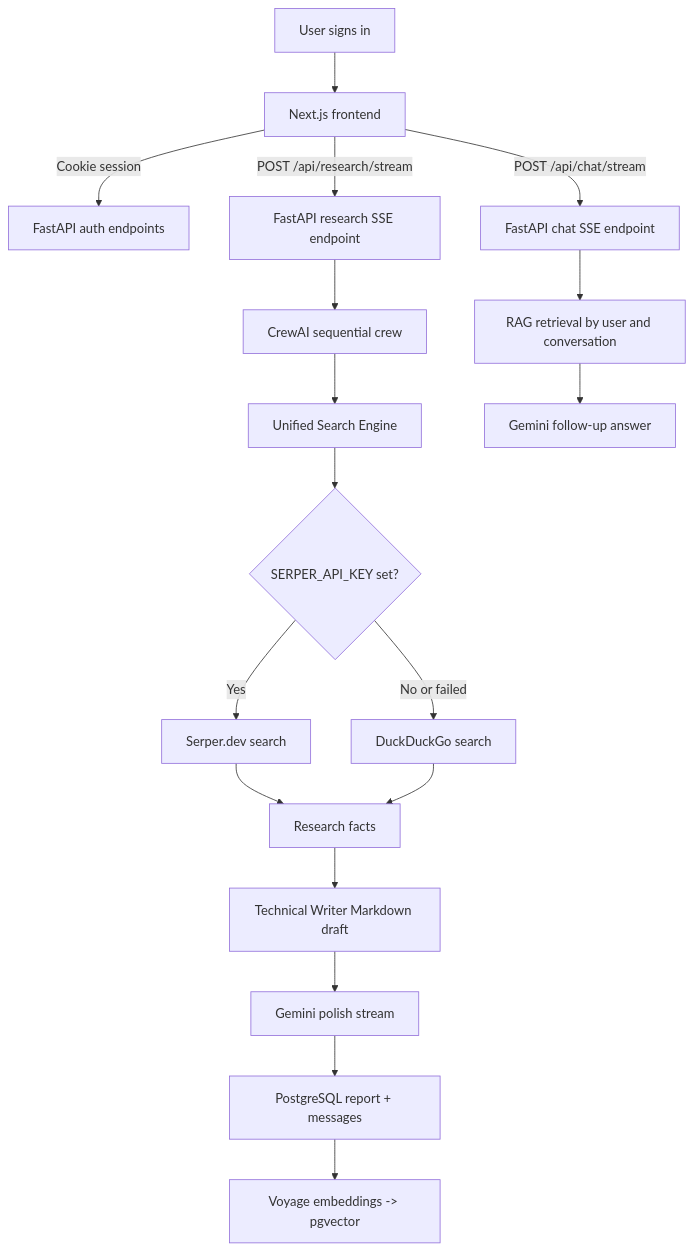
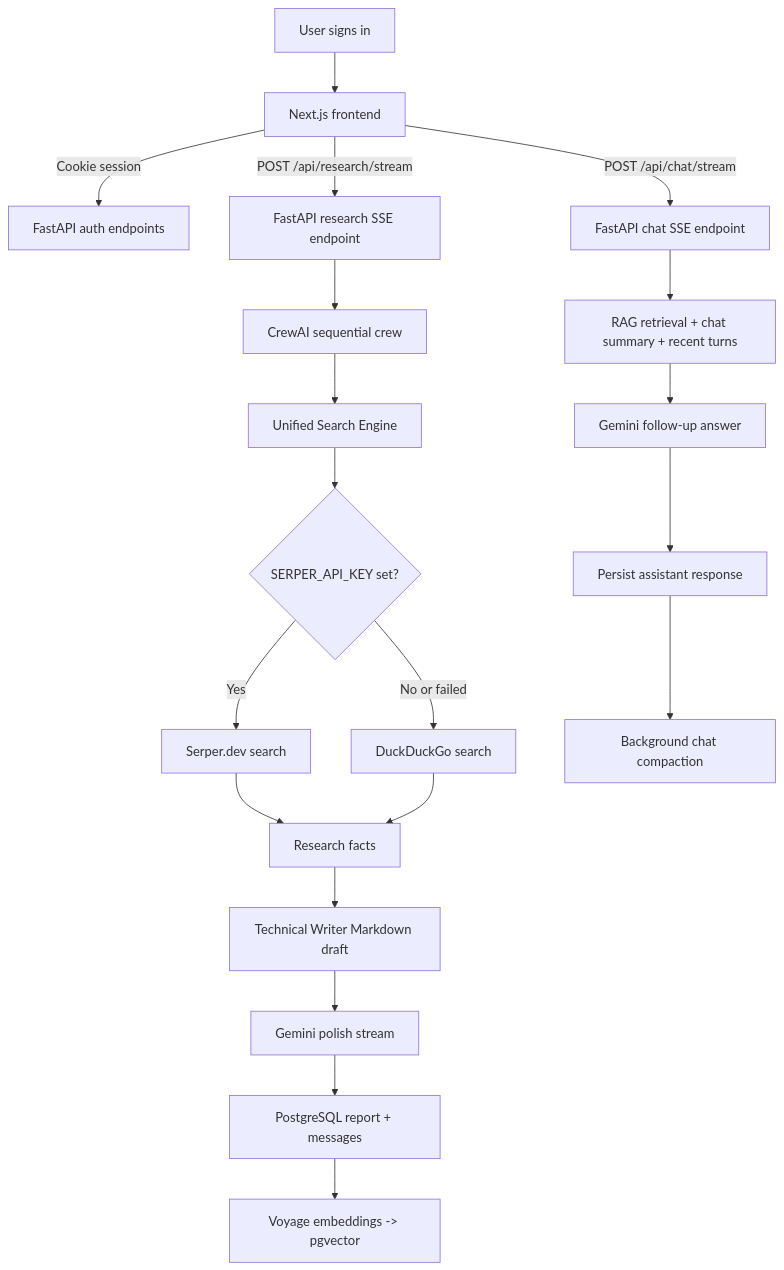
The diagram in README.md (PyaePhyo-Win/smart-briefing-app), drawn with Mermaid before and after one commit. The commit also changed other lines of this file, not shown here.

````diff
--- a/README.md
+++ b/README.md
@@ -19,20 +19,22 @@
 ```mermaid
 flowchart TD
   A[User signs in] --> B[Next.js frontend]
   B -->|Cookie session| C[FastAPI auth endpoints]
   B -->|POST /api/research/stream| D[FastAPI research SSE endpoint]
   D --> E[CrewAI sequential crew]
   E --> F[Unified Search Engine]
   F --> G{SERPER_API_KEY set?}
   G -->|Yes| H[Serper.dev search]
   G -->|No or failed| I[DuckDuckGo search]
   H --> J[Research facts]
   I --> J
   J --> K[Technical Writer Markdown draft]
   K --> L[Gemini polish stream]
   L --> M[PostgreSQL report + messages]
   M --> N[Voyage embeddings -> pgvector]
   B -->|POST /api/chat/stream| O[FastAPI chat SSE endpoint]
-  O --> P[RAG retrieval by user and conversation]
+  O --> P[RAG retrieval + chat summary + recent turns]
   P --> Q[Gemini follow-up answer]
+  Q --> R[Persist assistant response]
+  R --> S[Background chat compaction]
 ```
````
